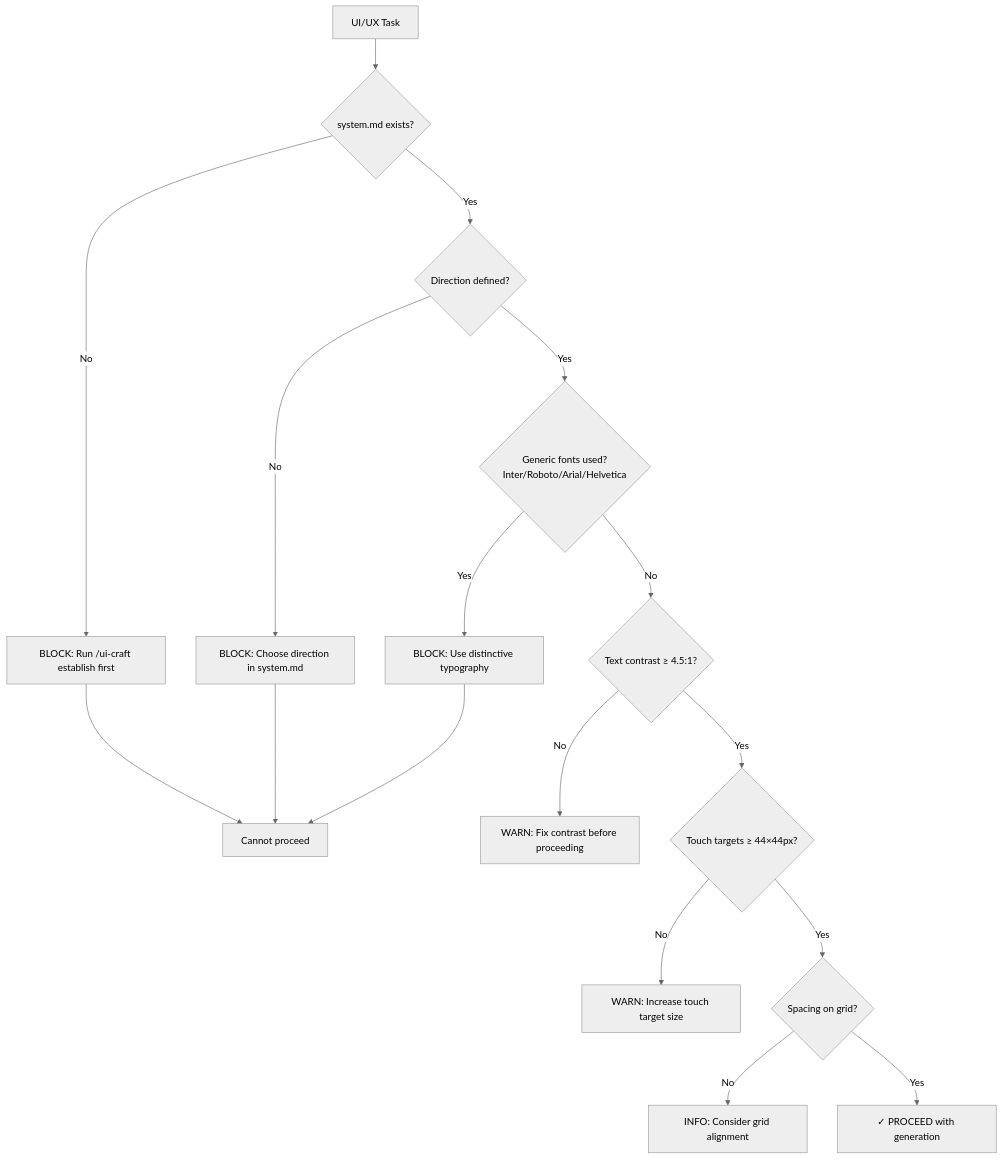
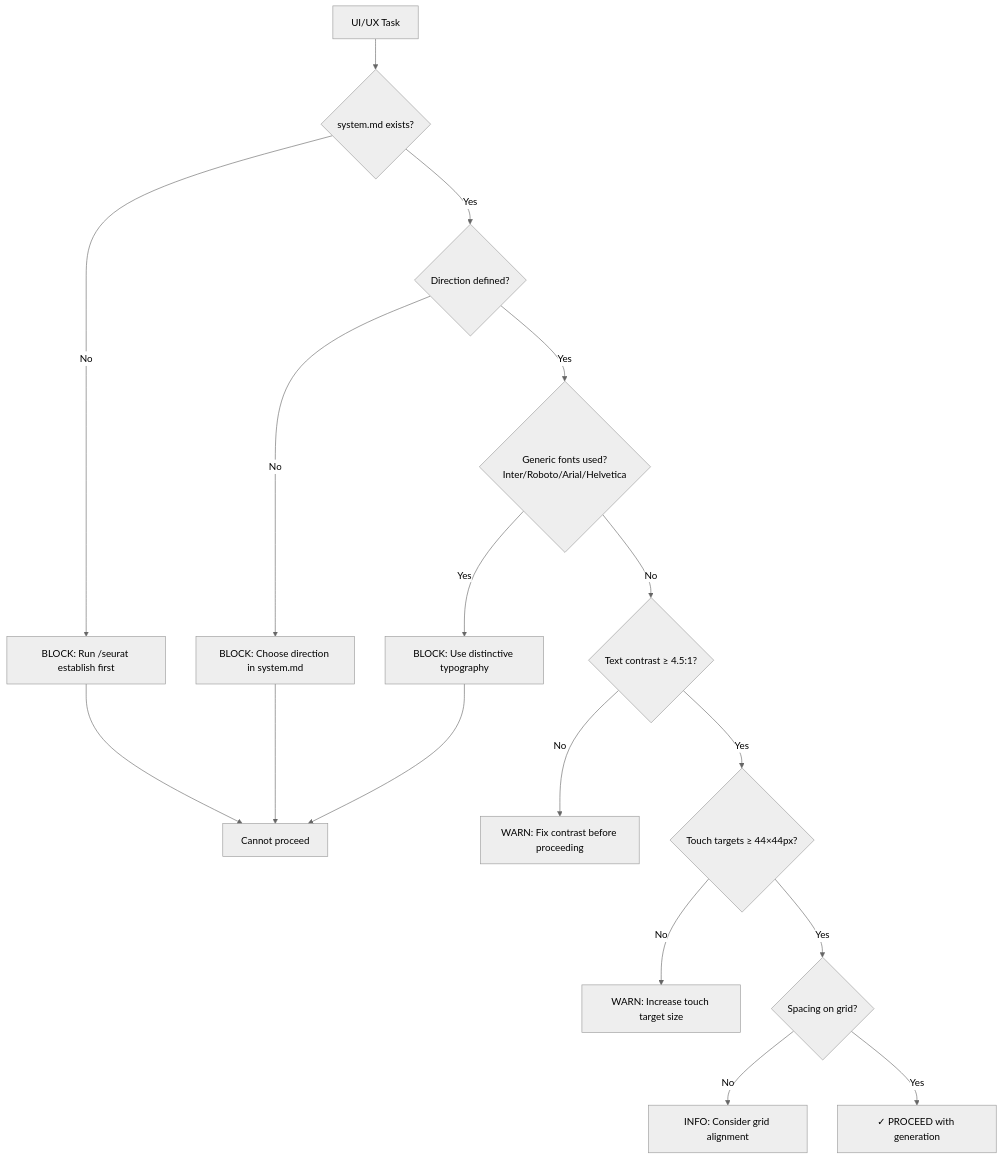
Before and after one commit to TNASRLSB/vibe-framework: the fifth of 13 diagrams in .claude/docs/workflows.md, drawn with Mermaid (neutral theme). The commit also changed other lines of this file and 227 other files, not shown here.

````diff
--- a/.claude/docs/workflows.md
+++ b/.claude/docs/workflows.md
@@ -133,20 +133,20 @@
 ```mermaid
 flowchart TD
     A[UI/UX Task] --> B{system.md exists?}
-    B -->|No| BLOCK1[BLOCK: Run /ui-craft establish first]
+    B -->|No| BLOCK1[BLOCK: Run /seurat establish first]
     B -->|Yes| C{Direction defined?}
     C -->|No| BLOCK2[BLOCK: Choose direction in system.md]
     C -->|Yes| D{Generic fonts used?<br/>Inter/Roboto/Arial/Helvetica}
     D -->|Yes| BLOCK3[BLOCK: Use distinctive typography]
     D -->|No| E{Text contrast ≥ 4.5:1?}
     E -->|No| WARN1[WARN: Fix contrast before proceeding]
     E -->|Yes| F{Touch targets ≥ 44×44px?}
     F -->|No| WARN2[WARN: Increase touch target size]
     F -->|Yes| G{Spacing on grid?}
     G -->|No| INFO1[INFO: Consider grid alignment]
     G -->|Yes| H[✓ PROCEED with generation]
 
     BLOCK1 --> STOP[Cannot proceed]
     BLOCK2 --> STOP
     BLOCK3 --> STOP
 ```
````
